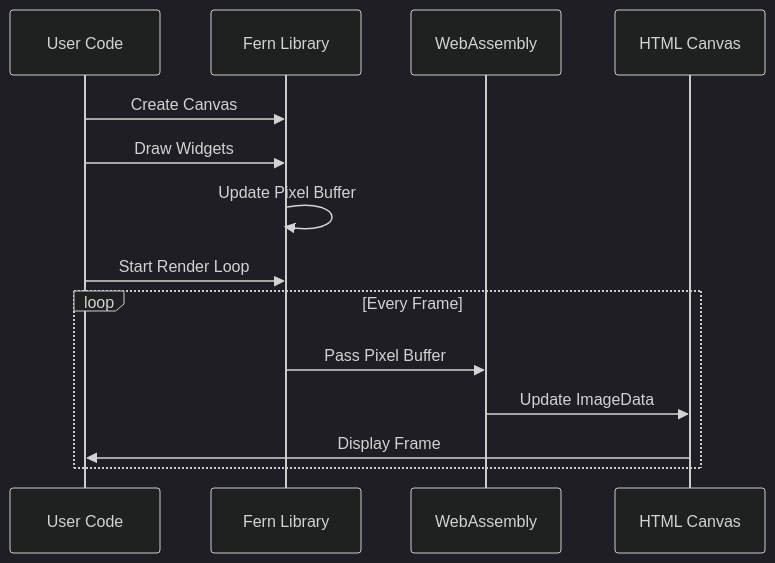
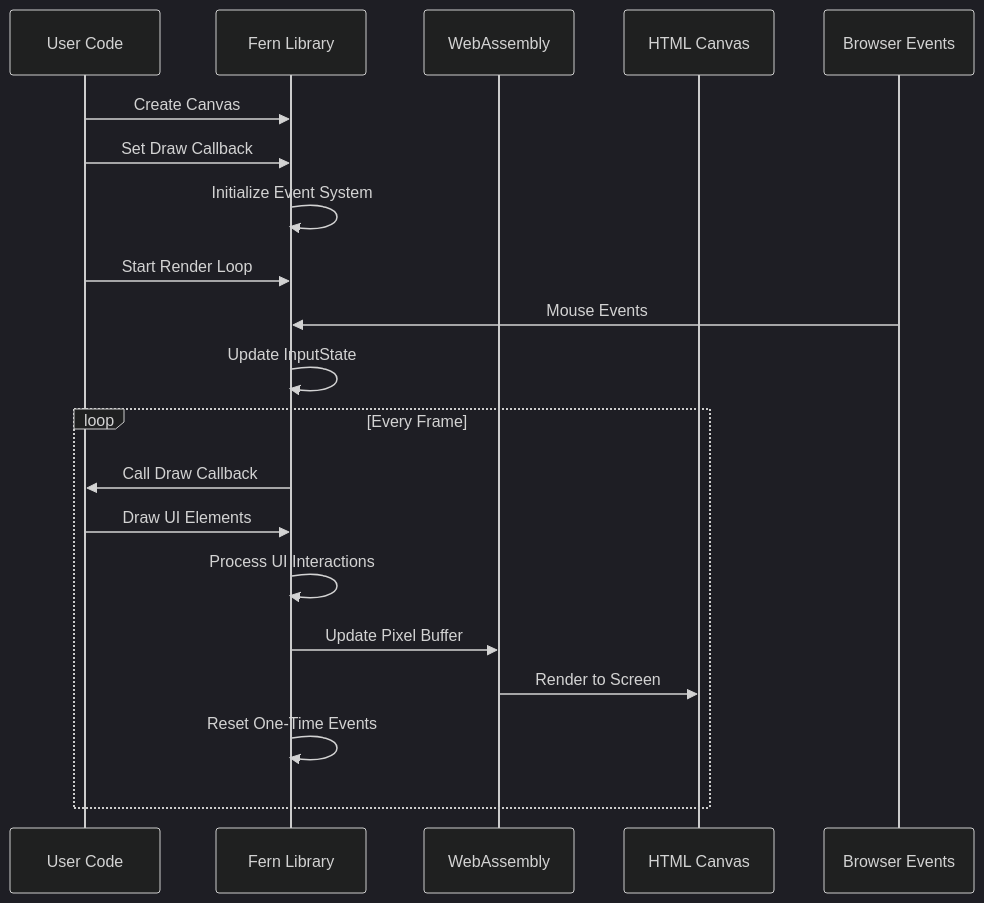
The second of 2 diagrams in README.md (sudonitj/fern), drawn with Mermaid (dark theme) before and after one commit. The commit also changed other lines of this file, not shown here.

````diff
--- a/README.md
+++ b/README.md
@@ -472,18 +664,25 @@
 ```mermaid
 sequenceDiagram
     participant User as User Code
     participant Fern as Fern Library
     participant WASM as WebAssembly
     participant Canvas as HTML Canvas
+    participant DOM as Browser Events
     
     User->>Fern: Create Canvas
-    User->>Fern: Draw Widgets
-    Fern->>Fern: Update Pixel Buffer
+    User->>Fern: Set Draw Callback
+    Fern->>Fern: Initialize Event System
     User->>Fern: Start Render Loop
     
+    DOM->>Fern: Mouse Events
+    Fern->>Fern: Update InputState
+    
     loop Every Frame
-        Fern->>WASM: Pass Pixel Buffer
-        WASM->>Canvas: Update ImageData
-        Canvas->>User: Display Frame
+        Fern->>User: Call Draw Callback
+        User->>Fern: Draw UI Elements
+        Fern->>Fern: Process UI Interactions
+        Fern->>WASM: Update Pixel Buffer
+        WASM->>Canvas: Render to Screen
+        Fern->>Fern: Reset One-Time Events
     end
 ```
````
